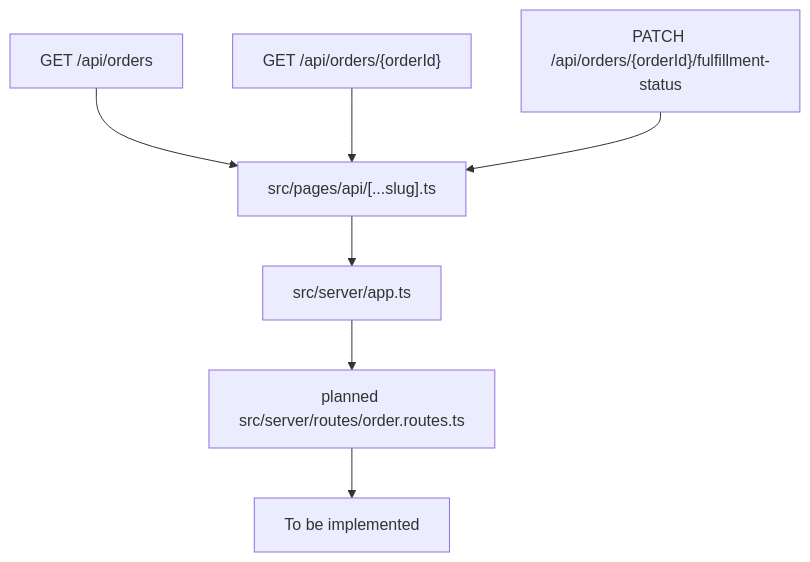
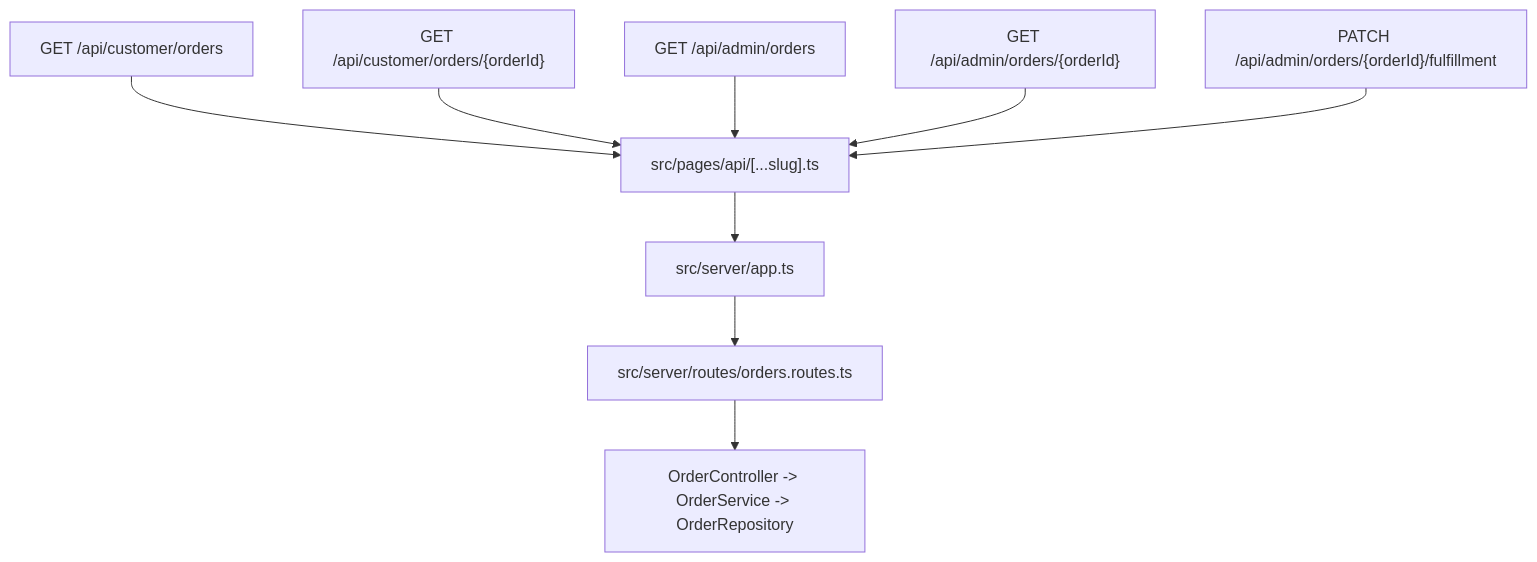
Before and after one commit to JeroTan/jrw-webapp: diagram 19 of 21 in docs/api-file-flow.md, drawn with Mermaid. The commit also changed other lines of this file and 4 other files, not shown here.

````diff
--- a/docs/api-file-flow.md
+++ b/docs/api-file-flow.md
@@ -335,9 +335,11 @@
 ```mermaid
 flowchart TD
-  A["GET /api/orders"] --> X["src/pages/api/[...slug].ts"]
-  B["GET /api/orders/{orderId}"] --> X
-  C["PATCH /api/orders/{orderId}/fulfillment-status"] --> X
+  A["GET /api/customer/orders"] --> X["src/pages/api/[...slug].ts"]
+  B["GET /api/customer/orders/{orderId}"] --> X
+  C["GET /api/admin/orders"] --> X
+  D["GET /api/admin/orders/{orderId}"] --> X
+  E["PATCH /api/admin/orders/{orderId}/fulfillment"] --> X
   X --> Y["src/server/app.ts"]
-  Y --> Z["planned src/server/routes/order.routes.ts"]
-  Z --> T["To be implemented"]
+  Y --> Z["src/server/routes/orders.routes.ts"]
+  Z --> T["OrderController -> OrderService -> OrderRepository"]
 ```
````
